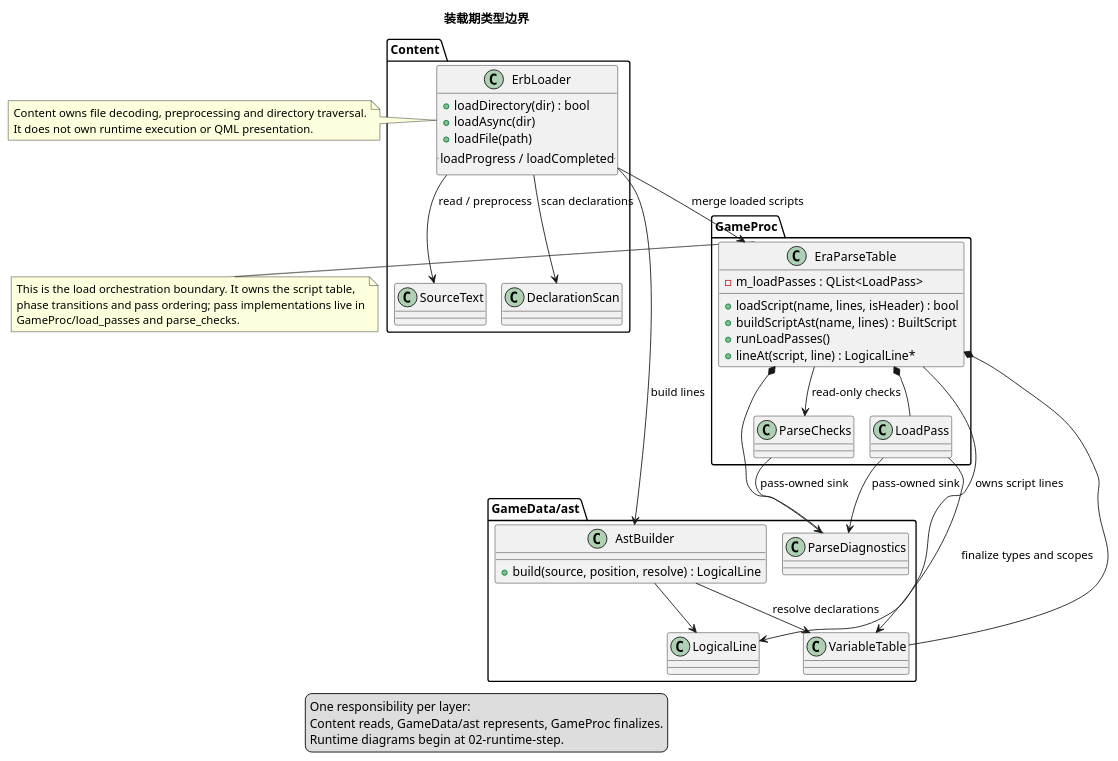
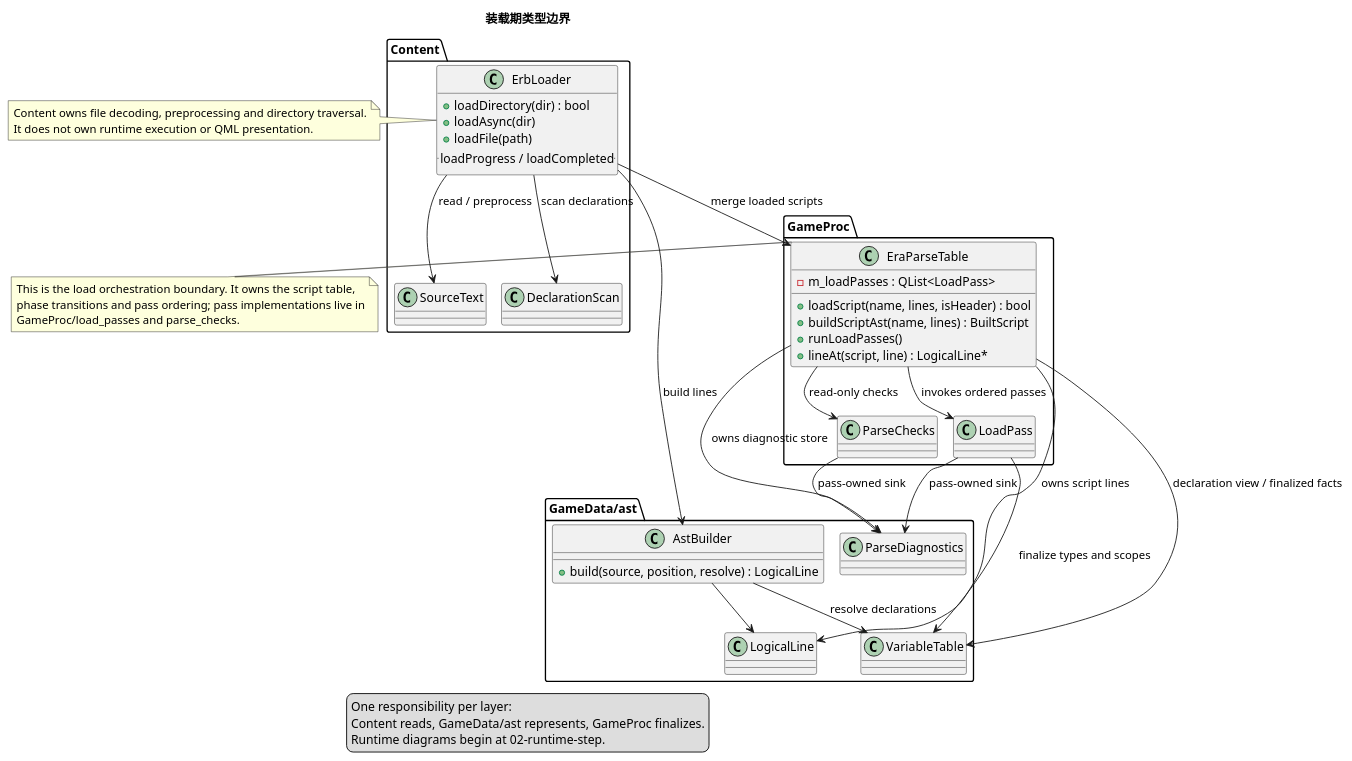
Before and after one commit to yigekuyou/qt-eraemu: the diagram in docs/uml/01-load-classes.puml, drawn with PlantUML. The commit also changed 9 other files, not shown here.

```diff
--- a/docs/uml/01-load-classes.puml
+++ b/docs/uml/01-load-classes.puml
@@ -1,72 +1,72 @@
 @startuml 01-load-classes
 !pragma layout smetana
 ' 装载期类型边界。具体步骤见 12-load-pipeline。
 ' 来源：Content/erb_loader.h, GameData/ast, GameProc/era_parse_table.h
 
 title 装载期类型边界
 
 package "Content" {
   class ErbLoader {
     + loadDirectory(dir) : bool
     + loadAsync(dir)
     + loadFile(path)
     .. loadProgress / loadCompleted ..
   }
 
   class SourceText
   class DeclarationScan
 }
 
 package "GameData/ast" {
   class AstBuilder {
     + build(source, position, resolve) : LogicalLine
   }
   class LogicalLine
   class VariableTable
   class ParseDiagnostics
 }
 
 package "GameProc" {
   class EraParseTable {
     + loadScript(name, lines, isHeader) : bool
     + buildScriptAst(name, lines) : BuiltScript
     + runLoadPasses()
     + lineAt(script, line) : LogicalLine*
     - m_loadPasses : QList<LoadPass>
   }
   class LoadPass
   class ParseChecks
 }
 
 ErbLoader --> SourceText : read / preprocess
 ErbLoader --> DeclarationScan : scan declarations
 ErbLoader --> AstBuilder : build lines
 AstBuilder --> LogicalLine
-EraParseTable *-- VariableTable
-EraParseTable *-- ParseDiagnostics
-EraParseTable *-- LoadPass
+EraParseTable --> VariableTable : declaration view / finalized facts
+EraParseTable --> ParseDiagnostics : owns diagnostic store
+EraParseTable --> LoadPass : invokes ordered passes
 EraParseTable --> ParseChecks : read-only checks
 EraParseTable --> LogicalLine : owns script lines
 ErbLoader --> EraParseTable : merge loaded scripts
 AstBuilder --> VariableTable : resolve declarations
 LoadPass --> VariableTable : finalize types and scopes
 LoadPass --> ParseDiagnostics : pass-owned sink
 ParseChecks --> ParseDiagnostics : pass-owned sink
 
 note right of ErbLoader
   Content owns file decoding, preprocessing and directory traversal.
   It does not own runtime execution or QML presentation.
 end note
 
 note right of EraParseTable
   This is the load orchestration boundary. It owns the script table,
   phase transitions and pass ordering; pass implementations live in
   GameProc/load_passes and parse_checks.
 end note
 
 legend bottom
   One responsibility per layer:
   Content reads, GameData/ast represents, GameProc finalizes.
   Runtime diagrams begin at 02-runtime-step.
 endlegend
 @enduml
```
